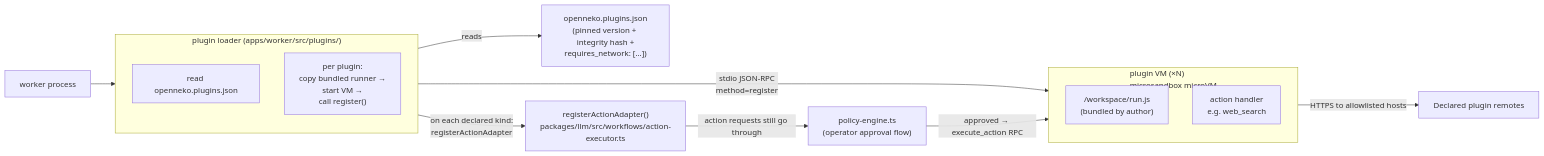
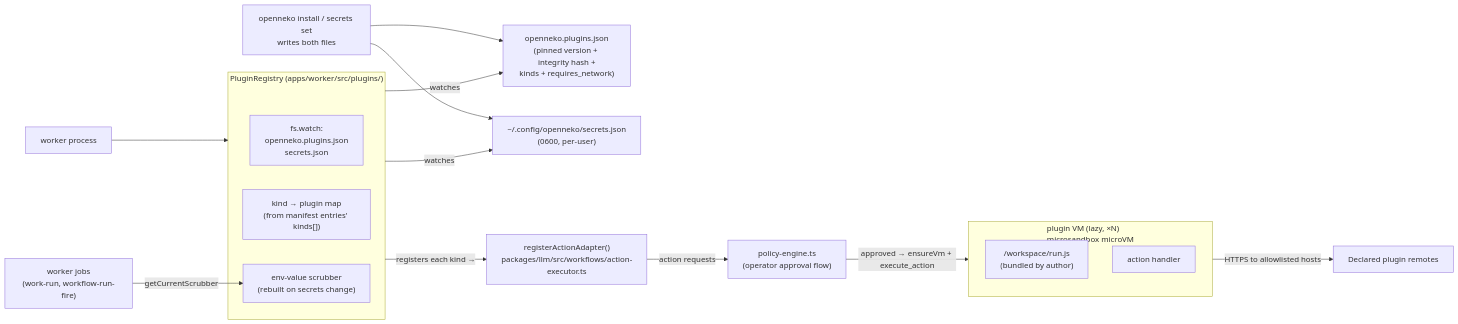
Before and after one commit to open-neko/openneko: the third of 4 diagrams in ARCHITECTURE.md, drawn with Mermaid. The commit also changed other lines of this file and 54 other files, not shown here.

First line of the commit message:
feat: hot-reload plugin registry + vendor CLI + env scrubber

````diff
--- a/ARCHITECTURE.md
+++ b/ARCHITECTURE.md
@@ -145,26 +145,33 @@
 ```mermaid
 flowchart LR
   Worker[worker process]
 
-  subgraph PluginLoader["plugin loader (apps/worker/src/plugins/)"]
-    Reader["read openneko.plugins.json"]
-    Boot["per plugin:<br/>copy bundled runner →<br/>start VM →<br/>call register()"]
+  subgraph Registry["PluginRegistry (apps/worker/src/plugins/)"]
+    Watcher["fs.watch:<br/>openneko.plugins.json<br/>secrets.json"]
+    KindMap["kind → plugin map<br/>(from manifest entries' kinds[])"]
+    Scrubber["env-value scrubber<br/>(rebuilt on secrets change)"]
   end
 
-  subgraph PluginVm1["plugin VM (×N)<br/>microsandbox microVM"]
+  subgraph PluginVm1["plugin VM (lazy, ×N)<br/>microsandbox microVM"]
     Runner["/workspace/run.js<br/>(bundled by author)"]
-    Handler["action handler<br/>e.g. web_search"]
+    Handler["action handler"]
   end
 
-  Registry["openneko.plugins.json<br/>(pinned version + integrity hash +<br/>requires_network: [...])"]
+  ManifestFile["openneko.plugins.json<br/>(pinned version + integrity hash +<br/>kinds + requires_network)"]
+  SecretsFile["~/.config/openneko/secrets.json<br/>(0600, per-user)"]
+  CLI["openneko install / secrets set<br/>writes both files"]
   ExecutorRegistry["registerActionAdapter()<br/>packages/llm/src/workflows/action-executor.ts"]
   PolicyEngine["policy-engine.ts<br/>(operator approval flow)"]
+  Jobs["worker jobs<br/>(work-run, workflow-run-fire)"]
 
-  Worker --> PluginLoader
-  PluginLoader -->|reads| Registry
-  PluginLoader -->|stdio JSON-RPC<br/>method=register| PluginVm1
-  PluginLoader -->|on each declared kind:<br/>registerActionAdapter| ExecutorRegistry
-  ExecutorRegistry -->|action requests still go through| PolicyEngine
-  PolicyEngine -->|approved → execute_action RPC| PluginVm1
+  CLI --> ManifestFile
+  CLI --> SecretsFile
+  Worker --> Registry
+  Registry -->|watches| ManifestFile
+  Registry -->|watches| SecretsFile
+  Registry -->|registers each kind →| ExecutorRegistry
+  Jobs -->|getCurrentScrubber| Scrubber
+  ExecutorRegistry -->|action requests| PolicyEngine
+  PolicyEngine -->|approved → ensureVm + execute_action| PluginVm1
   PluginVm1 -->|HTTPS to allowlisted hosts| Internet[Declared plugin remotes]
 ```
````
